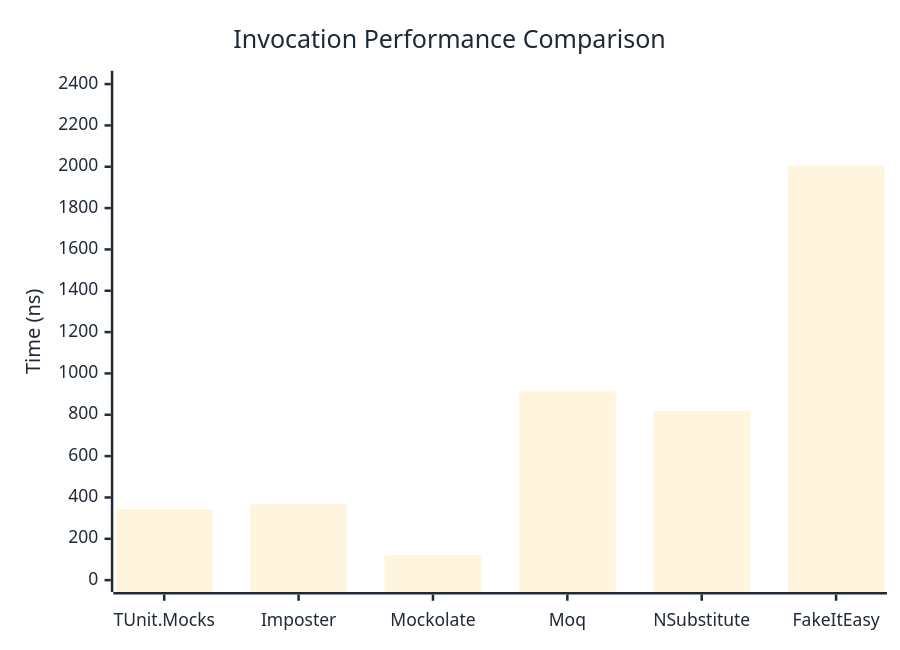
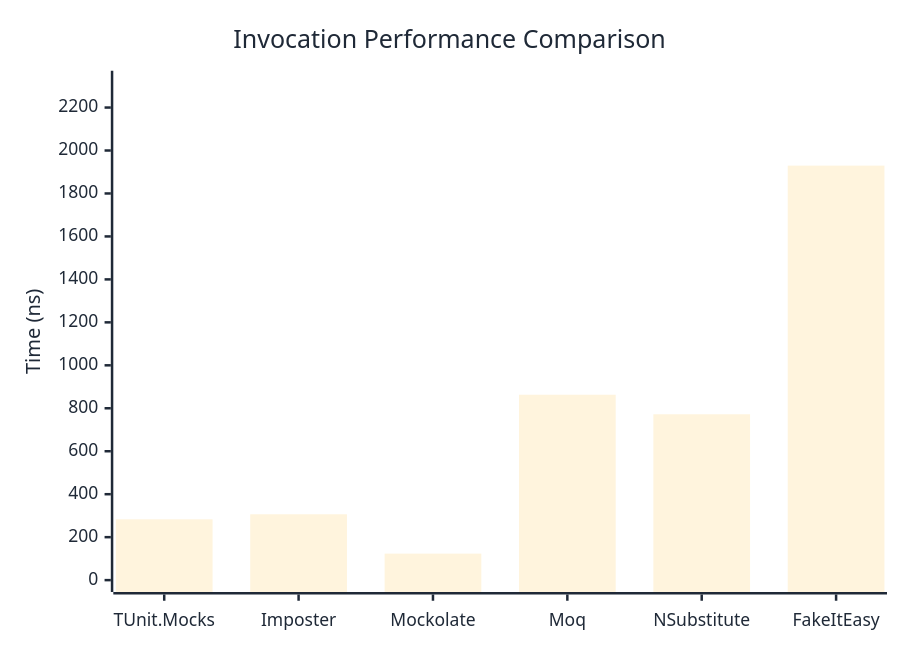
The first of 3 diagrams in docs/docs/benchmarks/mocks/Invocation.md (thomhurst/TUnit), drawn with Mermaid before and after one commit. The commit also changed other lines of this file and 14 other files, not shown here.

````diff
--- a/docs/docs/benchmarks/mocks/Invocation.md
+++ b/docs/docs/benchmarks/mocks/Invocation.md
@@ -30,27 +30,27 @@
 ```mermaid
 %%{init: {
   'theme':'base',
   'themeVariables': {
     'primaryColor': '#2563eb',
     'primaryTextColor': '#1f2937',
     'primaryBorderColor': '#1e40af',
     'lineColor': '#6b7280',
     'secondaryColor': '#7c3aed',
     'tertiaryColor': '#dc2626',
     'background': '#ffffff',
     'pie1': '#2563eb',
     'pie2': '#7c3aed',
     'pie3': '#dc2626',
     'pie4': '#f59e0b',
     'pie5': '#10b981',
     'pie6': '#06b6d4',
     'pie7': '#ec4899',
     'pie8': '#6366f1'
   }
 }}%%
 xychart-beta
   title "Invocation Performance Comparison"
   x-axis ["TUnit.Mocks", "Imposter", "Mockolate", "Moq", "NSubstitute", "FakeItEasy"]
-  y-axis "Time (ns)" 0 --> 2407
-  bar [344.9, 367.6, 120.8, 915.9, 817.7, 2005.6]
+  y-axis "Time (ns)" 0 --> 2316
+  bar [283.1, 306.5, 123.4, 863.1, 772.1, 1929.6]
 ```
````
